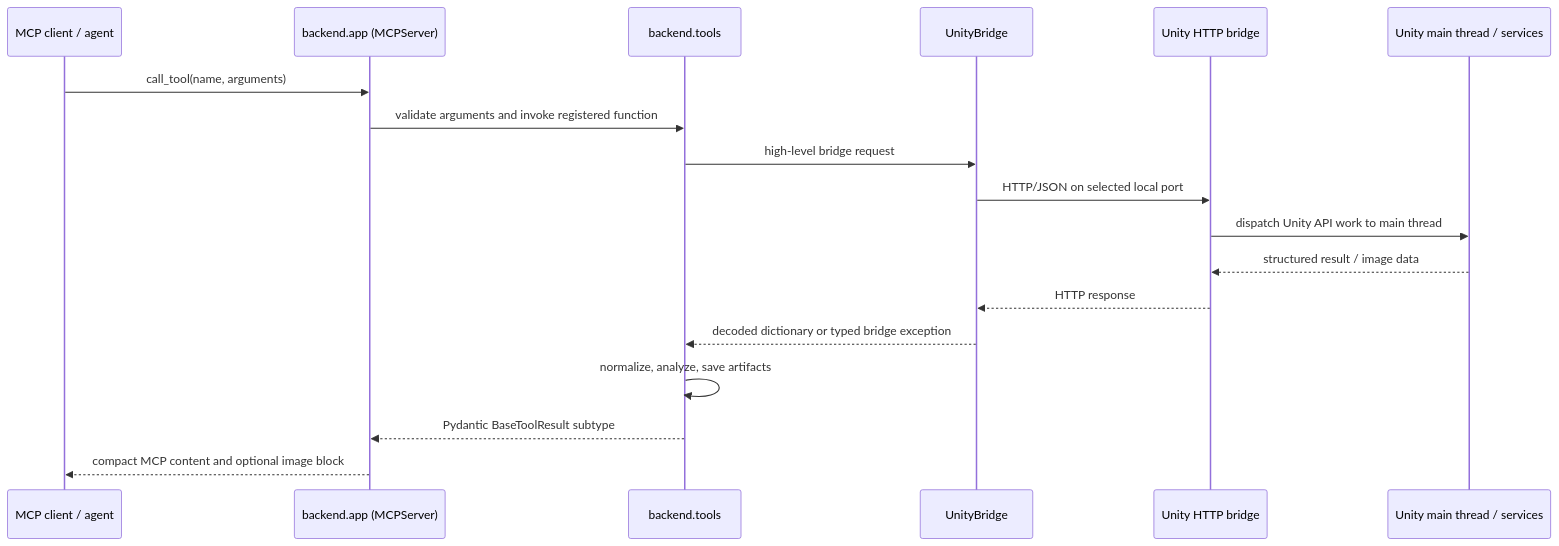
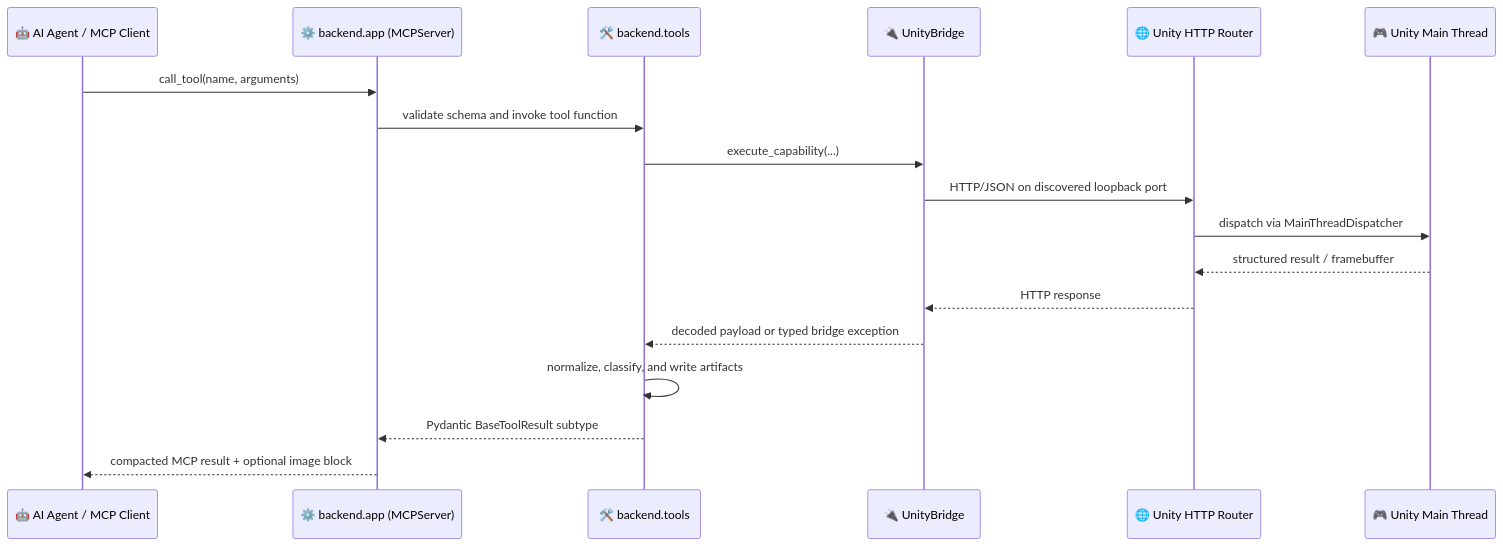
The diagram in docs/backend/README.md (AmaLS367/Visora), drawn with Mermaid before and after one commit. The commit also changed other lines of this file and 17 other files, not shown here.

````diff
--- a/docs/backend/README.md
+++ b/docs/backend/README.md
@@ -19,21 +20,21 @@
 ```mermaid
 sequenceDiagram
-    participant A as MCP client / agent
-    participant M as backend.app (MCPServer)
-    participant T as backend.tools
-    participant B as UnityBridge
-    participant H as Unity HTTP bridge
-    participant U as Unity main thread / services
+    participant A as 🤖 AI Agent / MCP Client
+    participant M as ⚙️ backend.app (MCPServer)
+    participant T as 🛠️ backend.tools
+    participant B as 🔌 UnityBridge
+    participant H as 🌐 Unity HTTP Router
+    participant U as 🎮 Unity Main Thread
 
     A->>M: call_tool(name, arguments)
-    M->>T: validate arguments and invoke registered function
-    T->>B: high-level bridge request
-    B->>H: HTTP/JSON on selected local port
-    H->>U: dispatch Unity API work to main thread
-    U-->>H: structured result / image data
+    M->>T: validate schema and invoke tool function
+    T->>B: execute_capability(...)
+    B->>H: HTTP/JSON on discovered loopback port
+    H->>U: dispatch via MainThreadDispatcher
+    U-->>H: structured result / framebuffer
     H-->>B: HTTP response
-    B-->>T: decoded dictionary or typed bridge exception
-    T->>T: normalize, analyze, save artifacts
+    B-->>T: decoded payload or typed bridge exception
+    T->>T: normalize, classify, and write artifacts
     T-->>M: Pydantic BaseToolResult subtype
-    M-->>A: compact MCP content and optional image block
+    M-->>A: compacted MCP result + optional image block
 ```
````
